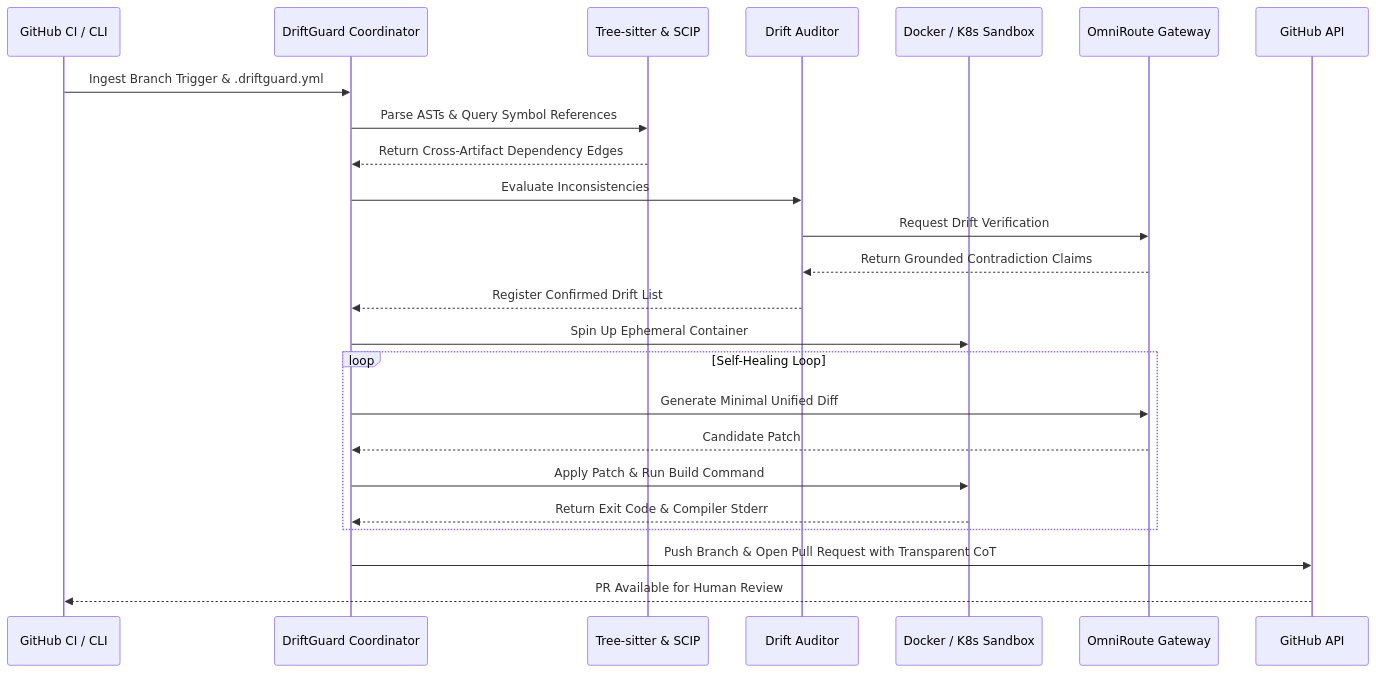
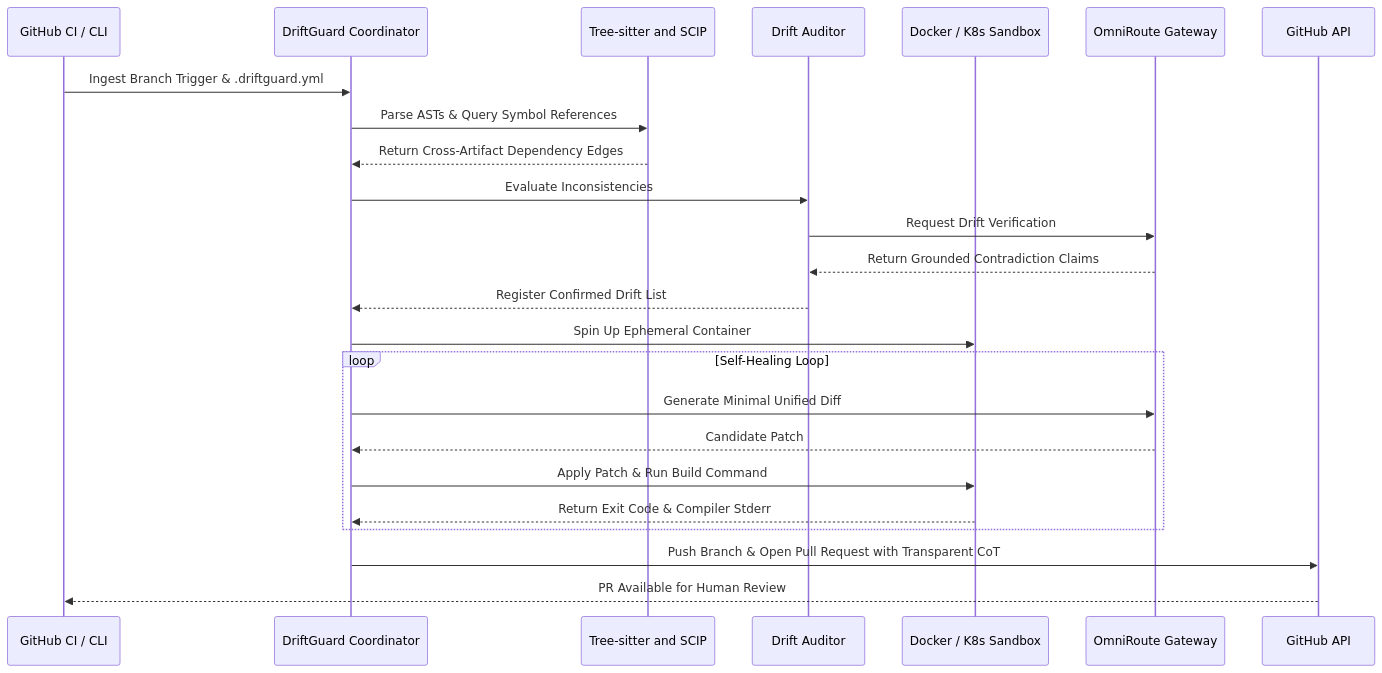
Before and after one commit to drishti55/DriftGuard: the sixth of 8 diagrams in PLAN.md, drawn with Mermaid. The commit also changed other lines of this file, not shown here.

````diff
--- a/PLAN.md
+++ b/PLAN.md
@@ -411,27 +413,27 @@
 ``` mermaid
 sequenceDiagram
     participant GH as GitHub CI / CLI
     participant Mgr as DriftGuard Coordinator
-    participant Ext as Tree-sitter & SCIP
+    participant Ext as Tree-sitter and SCIP
     participant Aud as Drift Auditor
     participant Sand as Docker / K8s Sandbox
     participant Route as OmniRoute Gateway
     participant PR as GitHub API
 
     GH->>Mgr: Ingest Branch Trigger & .driftguard.yml
     Mgr->>Ext: Parse ASTs & Query Symbol References
     Ext-->>Mgr: Return Cross-Artifact Dependency Edges
     Mgr->>Aud: Evaluate Inconsistencies
     Aud->>Route: Request Drift Verification
     Route-->>Aud: Return Grounded Contradiction Claims
     Aud-->>Mgr: Register Confirmed Drift List
     Mgr->>Sand: Spin Up Ephemeral Container
     loop Self-Healing Loop
         Mgr->>Route: Generate Minimal Unified Diff
         Route-->>Mgr: Candidate Patch
         Mgr->>Sand: Apply Patch & Run Build Command
         Sand-->>Mgr: Return Exit Code & Compiler Stderr
     end
     Mgr->>PR: Push Branch & Open Pull Request with Transparent CoT
     PR-->>GH: PR Available for Human Review
 ```
````
